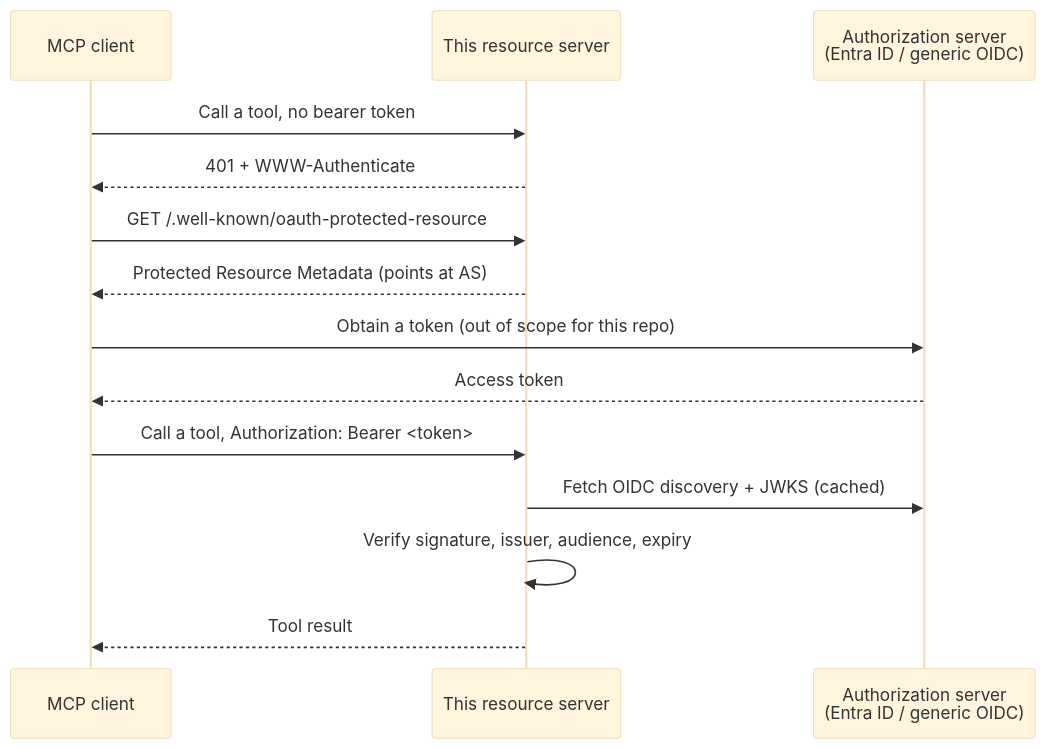
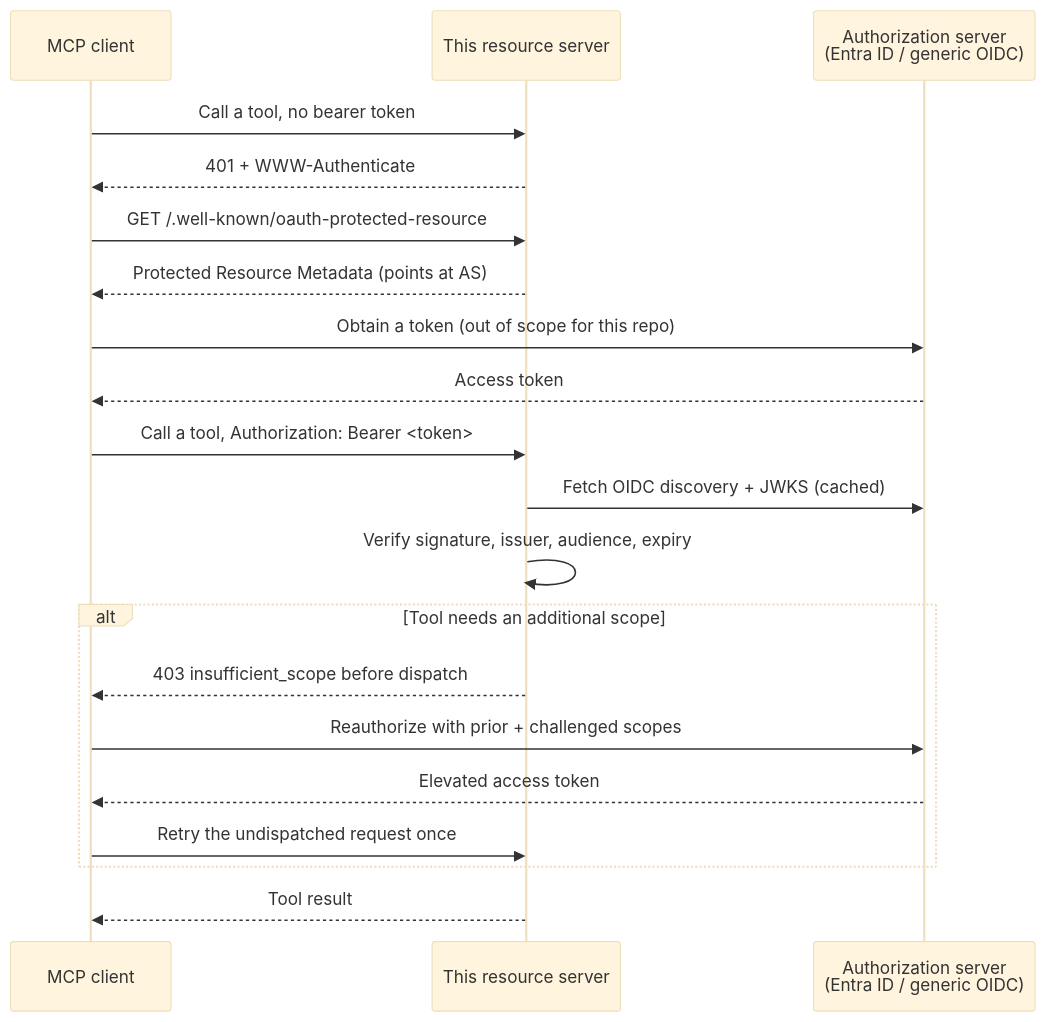
Before and after one commit to brunovicco/mcp-server-auth-template: the diagram in docs/ARCHITECTURE.md, drawn with Mermaid (base theme). The commit also changed other lines of this file and 16 other files, not shown here.

````diff
--- a/docs/ARCHITECTURE.md
+++ b/docs/ARCHITECTURE.md
@@ -73,17 +74,23 @@
 ```mermaid
 sequenceDiagram
     participant Client as MCP client
     participant Server as This resource server
     participant AS as Authorization server<br/>(Entra ID / generic OIDC)
 
     Client->>Server: Call a tool, no bearer token
     Server-->>Client: 401 + WWW-Authenticate
     Client->>Server: GET /.well-known/oauth-protected-resource
     Server-->>Client: Protected Resource Metadata (points at AS)
     Client->>AS: Obtain a token (out of scope for this repo)
     AS-->>Client: Access token
     Client->>Server: Call a tool, Authorization: Bearer <token>
     Server->>AS: Fetch OIDC discovery + JWKS (cached)
     Server->>Server: Verify signature, issuer, audience, expiry
+    alt Tool needs an additional scope
+        Server-->>Client: 403 insufficient_scope before dispatch
+        Client->>AS: Reauthorize with prior + challenged scopes
+        AS-->>Client: Elevated access token
+        Client->>Server: Retry the undispatched request once
+    end
     Server-->>Client: Tool result
 ```
````
